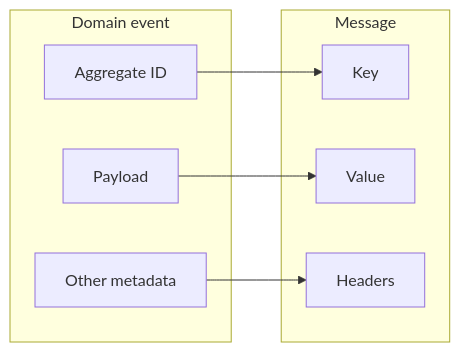
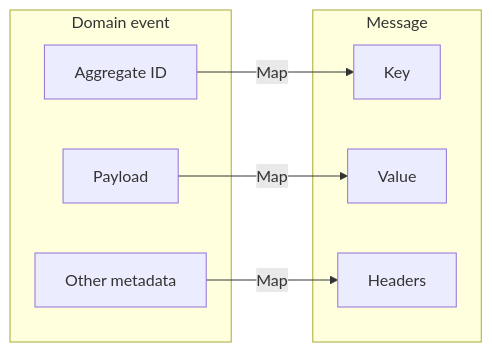
One commit to dugongjs/dugongjs changed the second of 2 diagrams in packages/docs/docs/core-concepts/messages.md. Above: the diagram before and after it, drawn with Mermaid. The commit also changed other lines of this file and 18 other files, not shown here.

````diff
--- a/packages/docs/docs/core-concepts/messages.md
+++ b/packages/docs/docs/core-concepts/messages.md
@@ -38,21 +38,21 @@
 ```mermaid
 
 flowchart LR
    subgraph Message[Message]
         Key
         Value
         Headers
     end
 
     subgraph DomainEvent[Domain event]
         AggregateId[Aggregate ID]
         Payload
         Metadata[Other metadata]
 
     end
 
-    AggregateId --> Key
-    Payload --> Value
-    Metadata --> Headers
+    AggregateId -->|Map| Key
+    Payload -->|Map| Value
+    Metadata -->|Map| Headers
 
 ```
````
